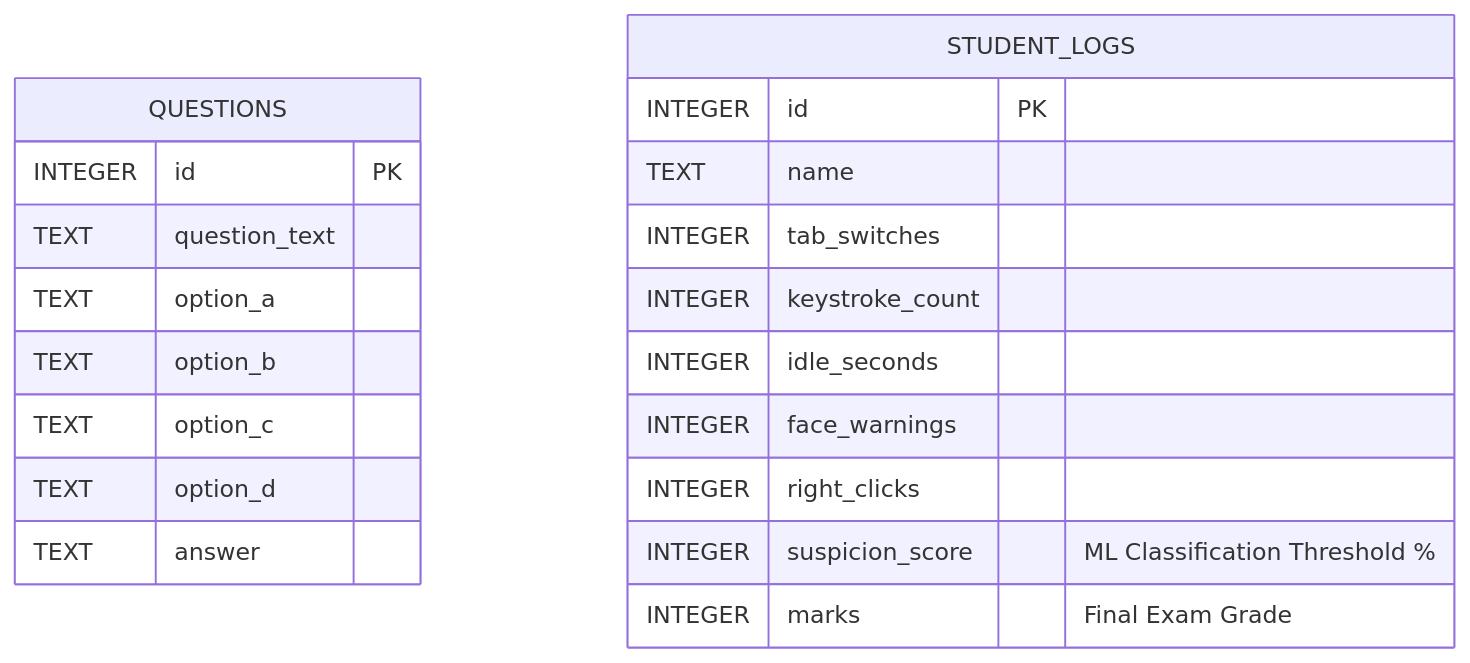
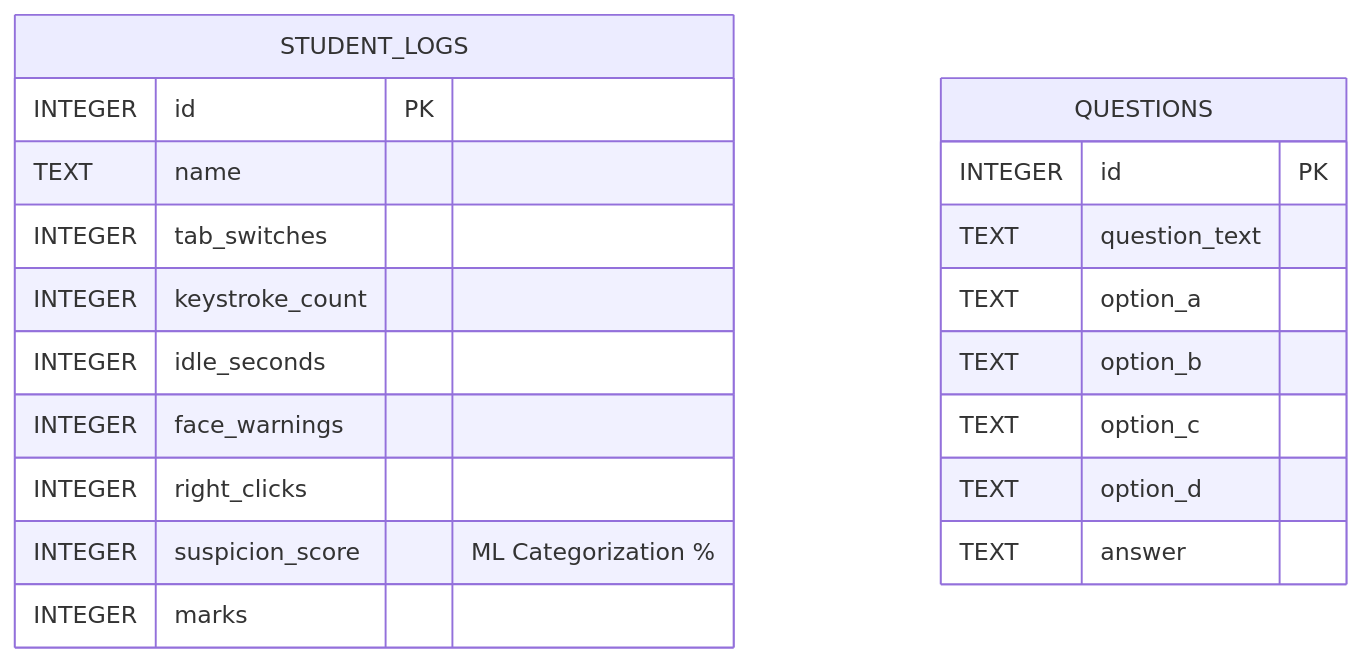
The fourth of 8 diagrams in project.md (vaishnav4281/exam-monitor-ml), drawn with Mermaid before and after one commit. The commit also changed other lines of this file, not shown here.

````diff
--- a/project.md
+++ b/project.md
@@ -102,24 +108,23 @@
 ```mermaid
 erDiagram
+    STUDENT_LOGS {
+        INTEGER id PK
+        TEXT name
+        INTEGER tab_switches
+        INTEGER keystroke_count
+        INTEGER idle_seconds
+        INTEGER face_warnings
+        INTEGER right_clicks
+        INTEGER suspicion_score "ML Categorization %"
+        INTEGER marks
+    }
     QUESTIONS {
         INTEGER id PK
         TEXT question_text
         TEXT option_a
         TEXT option_b
         TEXT option_c
         TEXT option_d
         TEXT answer
     }
-    
-    STUDENT_LOGS {
-        INTEGER id PK
-        TEXT name
-        INTEGER tab_switches
-        INTEGER keystroke_count
-        INTEGER idle_seconds
-        INTEGER face_warnings
-        INTEGER right_clicks
-        INTEGER suspicion_score "ML Classification Threshold %"
-        INTEGER marks "Final Exam Grade"
-    }
 ```
````
